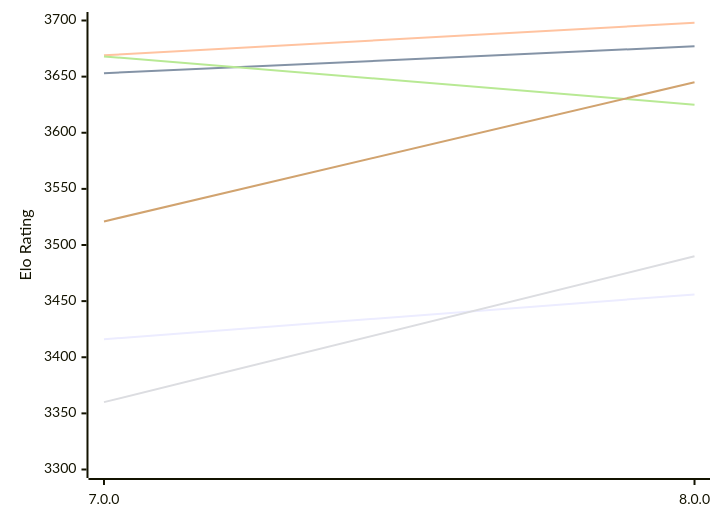
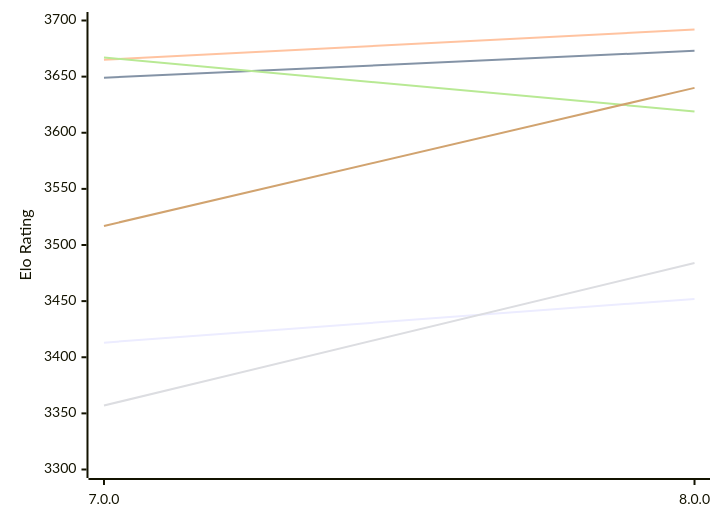
Before and after one commit to computer-chess-index/cci: the first of 2 diagrams in engines/PlentyChess.md, drawn with Mermaid. The commit also changed other lines of this file, not shown here.

Commit message:
Update CCI Ratings (ELO VLTC) - 2026-11-19

````diff
--- a/engines/PlentyChess.md
+++ b/engines/PlentyChess.md
@@ -55,12 +55,12 @@
 ```mermaid
 %%{init: {"theme":"base","themeVariables":{"seriesColors:['#a3a3a3','#222221','#faa371']}}}%%
 xychart-beta
   x-axis ["7.0.0", "8.0.0"]
   y-axis "Elo Rating" 3300 --> 3700
-  line "E1: STC (8.0+0.08s)" [3416, 3456]
-  line "E1: LTC (60.0+0.60s)" [3653, 3677]
-  line "E1: VLTC (2m24s+1.12s)" [3669, 3698]
-  line "P1: STC (8.0+0.08s)" [3360, 3490]
-  line "P1: LTC (60.0+0.60s)" [3668, 3625]
-  line "P1: VLTC (2m24s+1.12s)" [3521, 3645]
+  line "E1: STC (8.0+0.08s)" [3413, 3452]
+  line "E1: LTC (60.0+0.60s)" [3649, 3673]
+  line "E1: VLTC (2m24s+1.12s)" [3665, 3692]
+  line "P1: STC (8.0+0.08s)" [3357, 3484]
+  line "P1: LTC (60.0+0.60s)" [3667, 3619]
+  line "P1: VLTC (2m24s+1.12s)" [3517, 3640]
 ```
````
